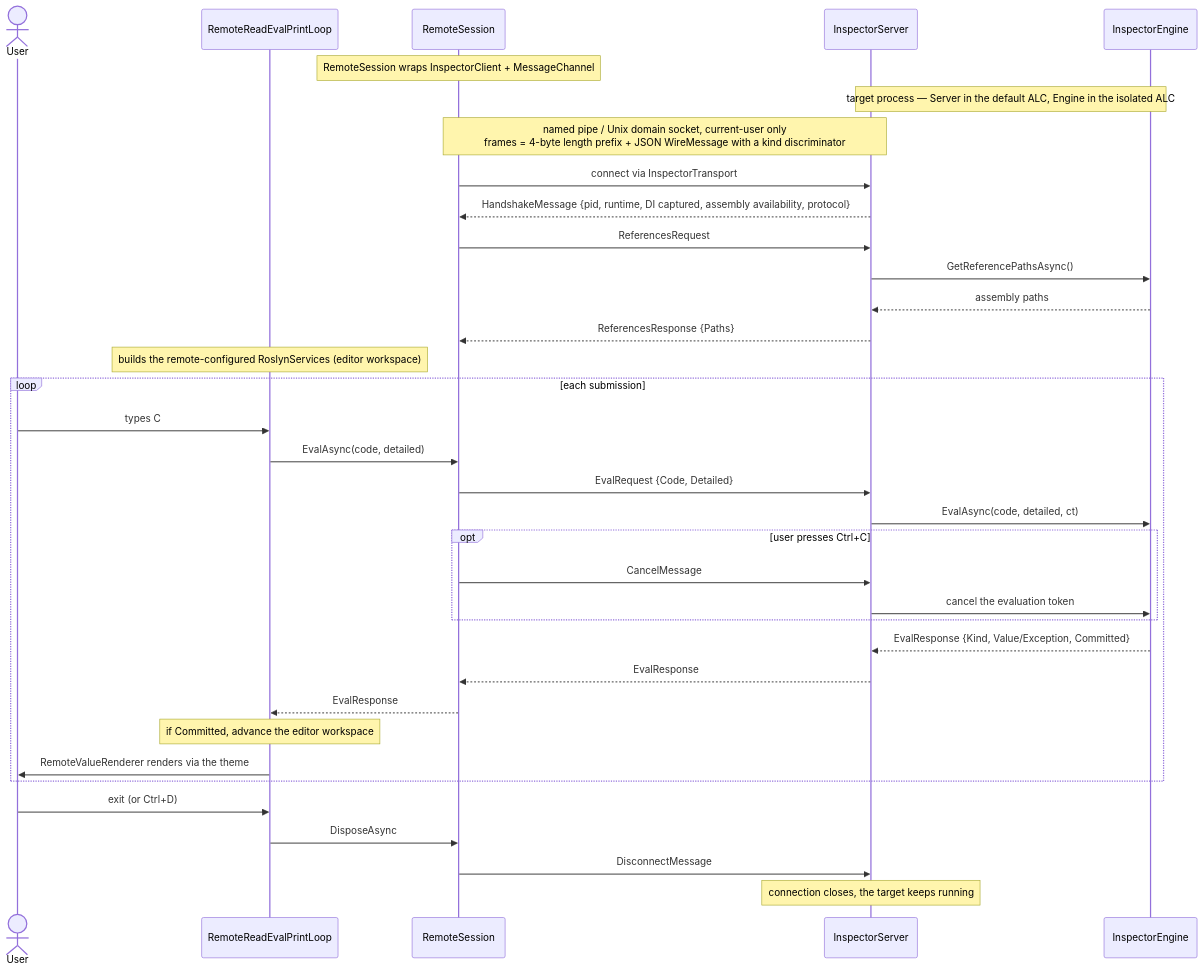
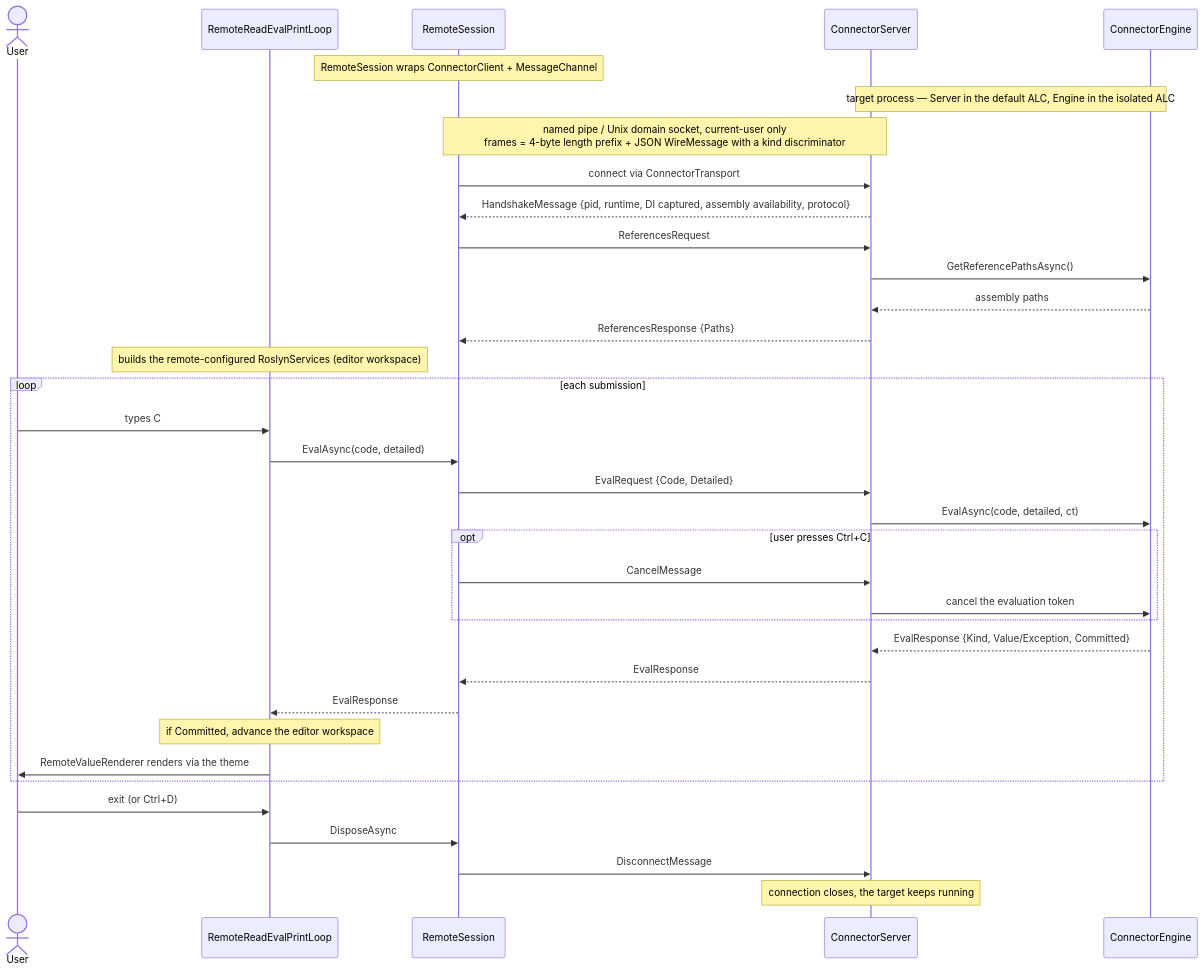
One commit to waf/CSharpRepl changed the first of 2 diagrams in ARCHITECTURE.md. Above: the diagram before and after it, drawn with Mermaid. The commit also changed other lines of this file and 61 other files, not shown here.

````diff
--- a/ARCHITECTURE.md
+++ b/ARCHITECTURE.md
@@ -80,42 +80,42 @@
 ```mermaid
 sequenceDiagram
     actor User
     participant Repl as RemoteReadEvalPrintLoop
     participant Session as RemoteSession
-    participant Server as InspectorServer
-    participant Engine as InspectorEngine
+    participant Server as ConnectorServer
+    participant Engine as ConnectorEngine
 
-    Note over Session: RemoteSession wraps InspectorClient + MessageChannel
+    Note over Session: RemoteSession wraps ConnectorClient + MessageChannel
     Note over Server,Engine: target process — Server in the default ALC, Engine in the isolated ALC
     Note over Session,Server: named pipe / Unix domain socket, current-user only<br/>frames = 4-byte length prefix + JSON WireMessage with a kind discriminator
 
-    Session->>Server: connect via InspectorTransport
+    Session->>Server: connect via ConnectorTransport
     Server-->>Session: HandshakeMessage {pid, runtime, DI captured, assembly availability, protocol}
 
     Session->>Server: ReferencesRequest
     Server->>Engine: GetReferencePathsAsync()
     Engine-->>Server: assembly paths
     Server-->>Session: ReferencesResponse {Paths}
     Note over Repl: builds the remote-configured RoslynServices (editor workspace)
 
     loop each submission
         User->>Repl: types C#, presses Enter
         Repl->>Session: EvalAsync(code, detailed)
         Session->>Server: EvalRequest {Code, Detailed}
         Server->>Engine: EvalAsync(code, detailed, ct)
         opt user presses Ctrl+C
             Session->>Server: CancelMessage
             Server->>Engine: cancel the evaluation token
         end
         Engine-->>Server: EvalResponse {Kind, Value/Exception, Committed}
         Server-->>Session: EvalResponse
         Session-->>Repl: EvalResponse
         Note over Repl: if Committed, advance the editor workspace
         Repl->>User: RemoteValueRenderer renders via the theme
     end
 
     User->>Repl: exit (or Ctrl+D)
     Repl->>Session: DisposeAsync
     Session->>Server: DisconnectMessage
     Note over Server: connection closes, the target keeps running
 ```
````
